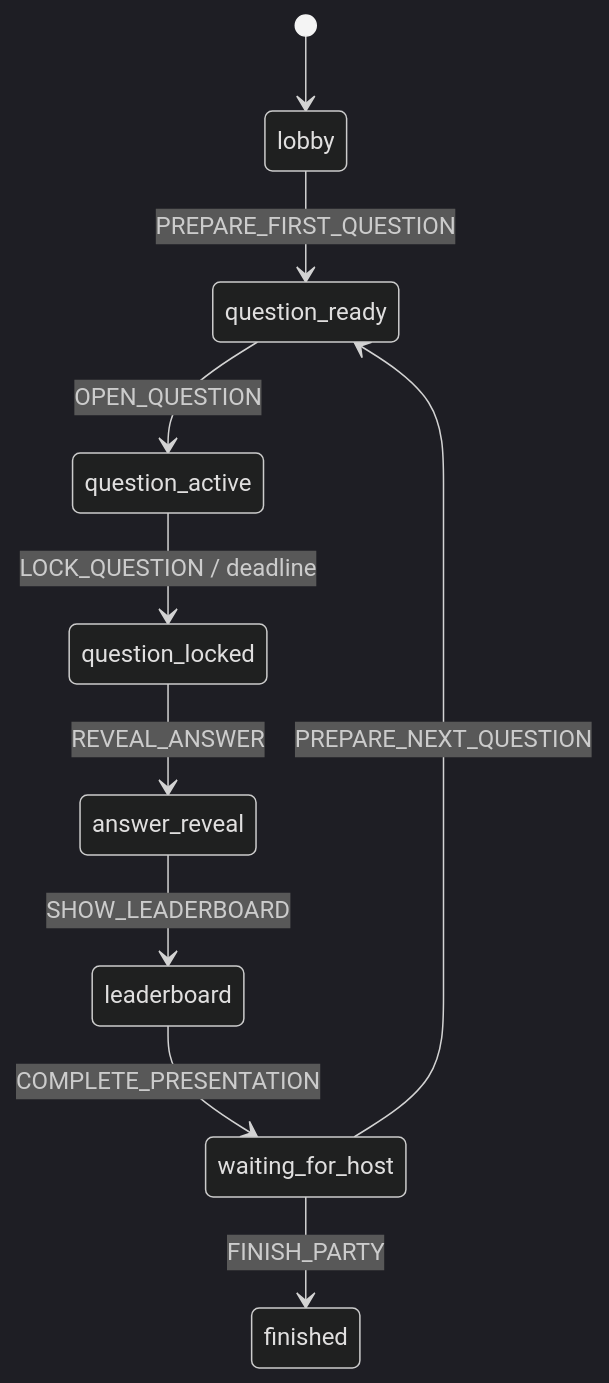
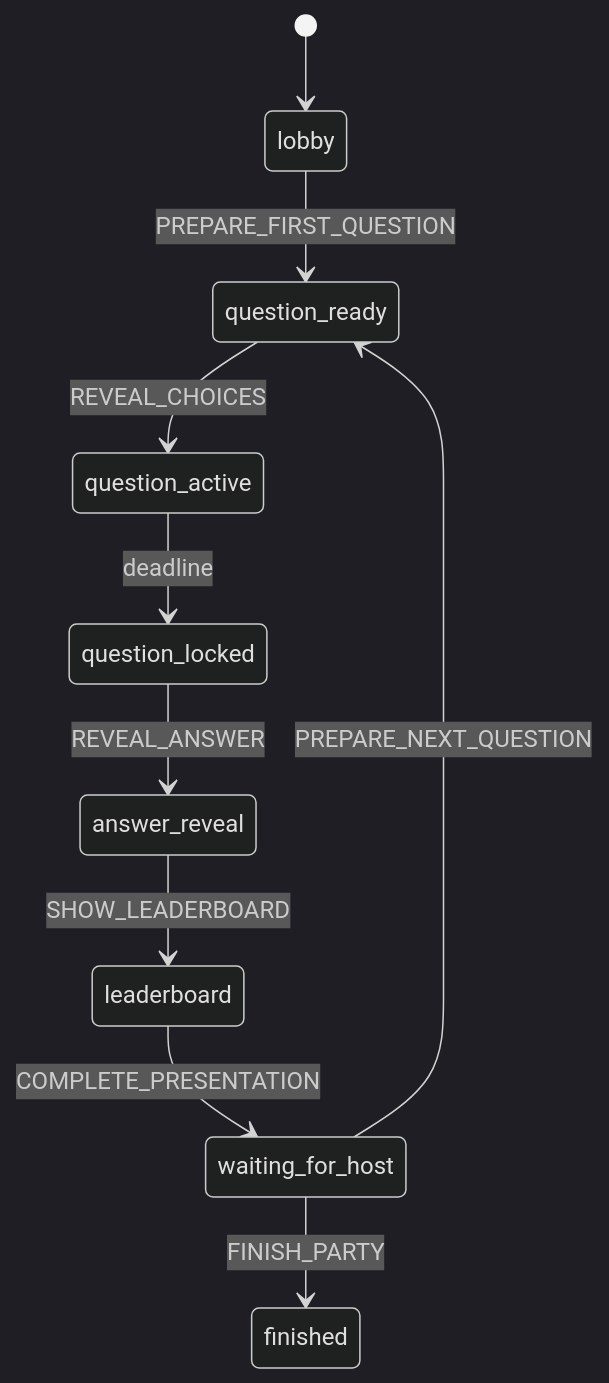
Before and after one commit to ianvu17/hanfirstbirthday: the second of 2 diagrams in docs/ARCHITECTURE.md, drawn with Mermaid (dark theme). The commit also changed other lines of this file and 30 other files, not shown here.

Commit message:
feat: refine party quiz flow and realtime status

````diff
--- a/docs/ARCHITECTURE.md
+++ b/docs/ARCHITECTURE.md
@@ -267,12 +268,12 @@
 ```mermaid
 stateDiagram-v2
   [*] --> lobby
   lobby --> question_ready: PREPARE_FIRST_QUESTION
-  question_ready --> question_active: OPEN_QUESTION
-  question_active --> question_locked: LOCK_QUESTION / deadline
+  question_ready --> question_active: REVEAL_CHOICES
+  question_active --> question_locked: deadline
   question_locked --> answer_reveal: REVEAL_ANSWER
   answer_reveal --> leaderboard: SHOW_LEADERBOARD
   leaderboard --> waiting_for_host: COMPLETE_PRESENTATION
   waiting_for_host --> question_ready: PREPARE_NEXT_QUESTION
   waiting_for_host --> finished: FINISH_PARTY
 ```
````
